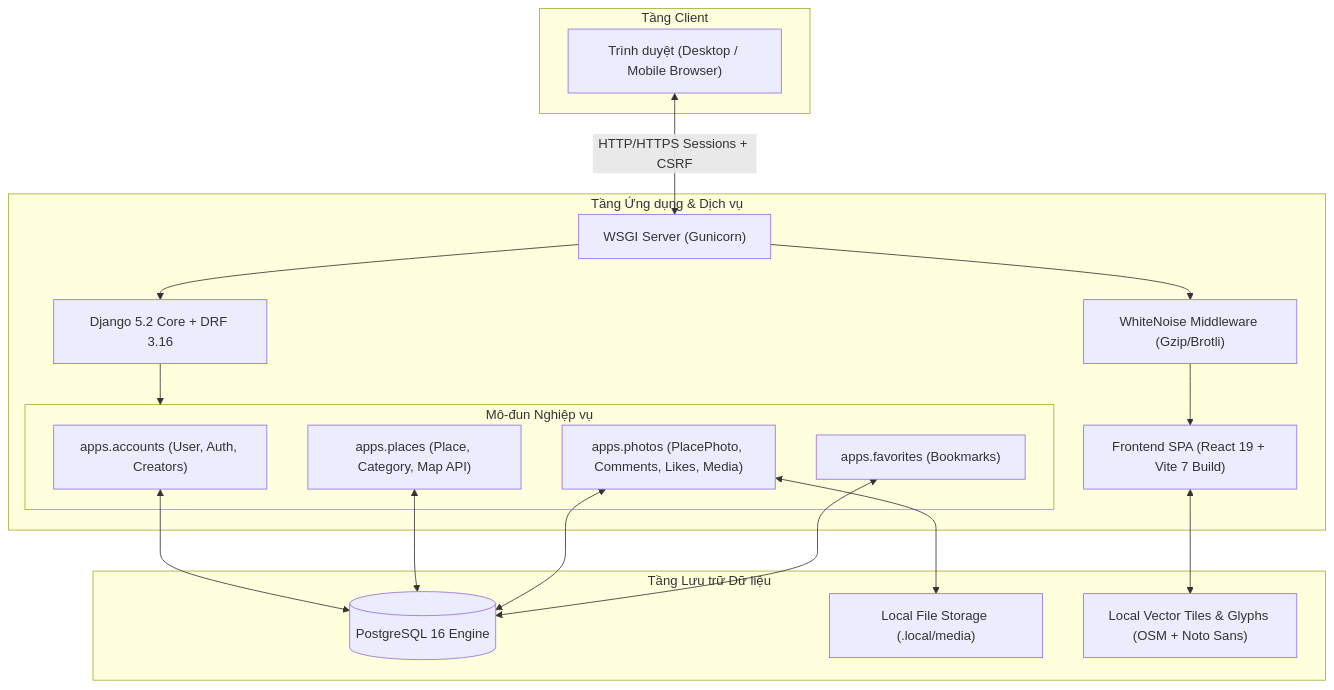
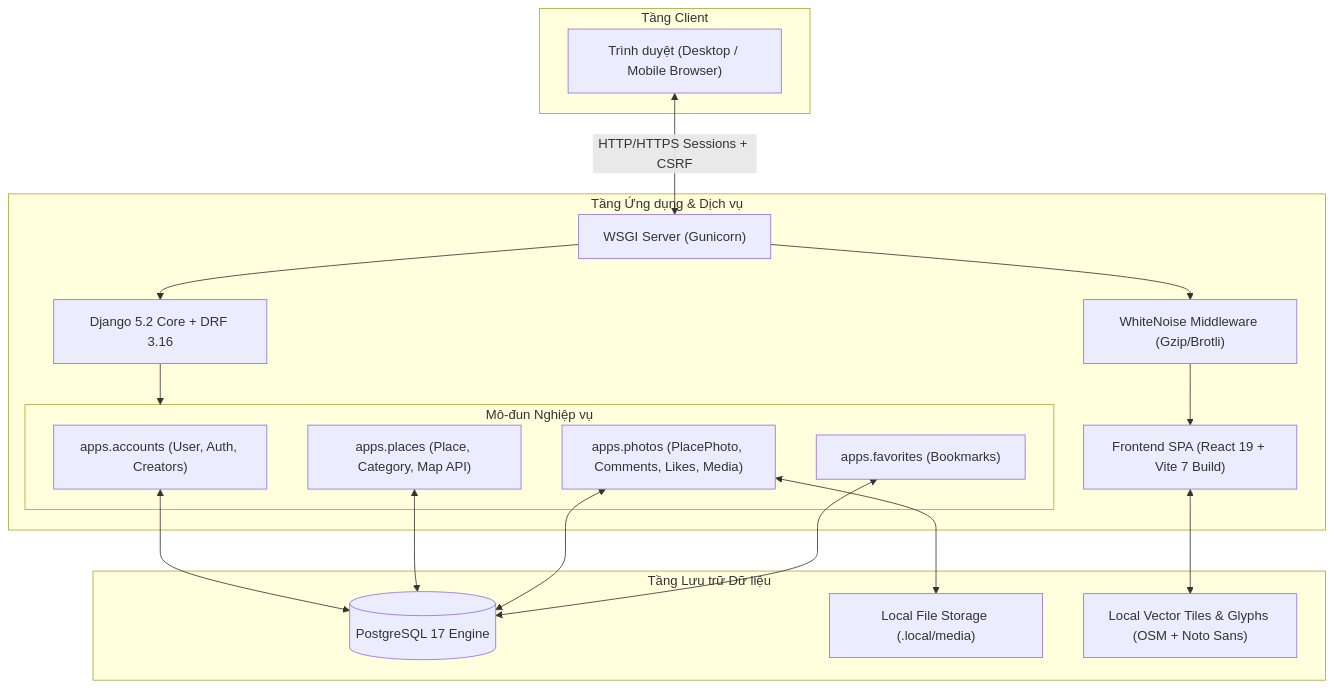
The first of 2 diagrams in docs/SPECIFICATION.md (longqt321/Rendez-PBL6), drawn with Mermaid before and after one commit. The commit also changed other lines of this file and 28 other files, not shown here.

````diff
--- a/docs/SPECIFICATION.md
+++ b/docs/SPECIFICATION.md
@@ -34,35 +37,35 @@
 ```mermaid
 graph TD
     subgraph Client_Layer [Tầng Client]
         Browser["Trình duyệt (Desktop / Mobile Browser)"]
     end
 
     subgraph Server_Layer [Tầng Ứng dụng & Dịch vụ]
         Gunicorn["WSGI Server (Gunicorn)"]
         SPA["Frontend SPA (React 19 + Vite 7 Build)"]
         DjangoCore["Django 5.2 Core + DRF 3.16"]
         WhiteNoise["WhiteNoise Middleware (Gzip/Brotli)"]
 
         subgraph Django_Apps [Mô-đun Nghiệp vụ]
             Accounts["apps.accounts (User, Auth, Creators)"]
             Places["apps.places (Place, Category, Map API)"]
             Photos["apps.photos (PlacePhoto, Comments, Likes, Media)"]
             Favorites["apps.favorites (Bookmarks)"]
         end
     end
 
     subgraph Storage_Layer [Tầng Lưu trữ Dữ liệu]
-        Postgres[(PostgreSQL 16 Engine)]
+        Postgres[(PostgreSQL 17 Engine)]
         LocalStorage["Local File Storage (.local/media)"]
         MapAssets["Local Vector Tiles & Glyphs (OSM + Noto Sans)"]
     end
 
     Browser <-->|HTTP/HTTPS Sessions + CSRF| Gunicorn
     Gunicorn --> WhiteNoise
     WhiteNoise --> SPA
     Gunicorn --> DjangoCore
     DjangoCore --> Django_Apps
     Accounts & Places & Photos & Favorites <--> Postgres
     Photos <--> LocalStorage
     SPA <--> MapAssets
 ```
````
